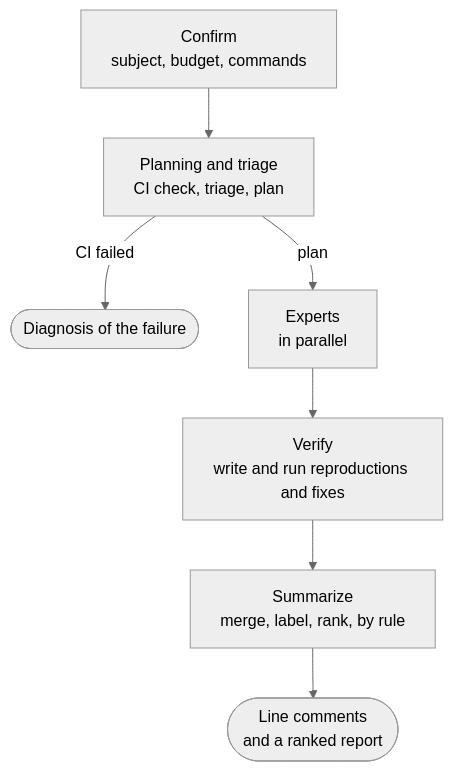
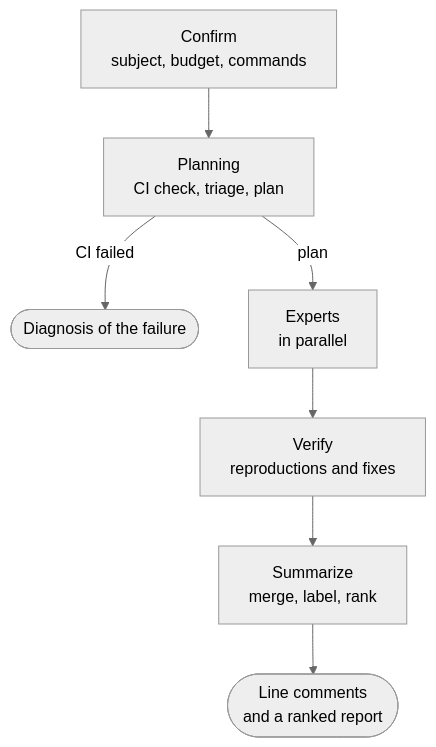
The diagram in docs/REVIEW.md (Pleasurecruise/eyeful), drawn with Mermaid (neutral theme) before and after one commit. The commit also changed other lines of this file and 51 other files, not shown here.

````diff
--- a/docs/REVIEW.md
+++ b/docs/REVIEW.md
@@ -9,9 +8,9 @@
 ```mermaid
 flowchart TB
-    confirm["Confirm<br/>subject, budget, commands"] --> planning["Planning and triage<br/>CI check, triage, plan"]
+    confirm["Confirm<br/>subject, budget, commands"] --> planning["Planning<br/>CI check, triage, plan"]
     planning -->|CI failed| diagnose(["Diagnosis of the failure"])
     planning -->|plan| experts["Experts<br/>in parallel"]
-    experts --> verify["Verify<br/>write and run reproductions and fixes"]
-    verify --> summarize["Summarize<br/>merge, label, rank, by rule"]
+    experts --> verify["Verify<br/>reproductions and fixes"]
+    verify --> summarize["Summarize<br/>merge, label, rank"]
     summarize --> feedback(["Line comments<br/>and a ranked report"])
 ```
````
